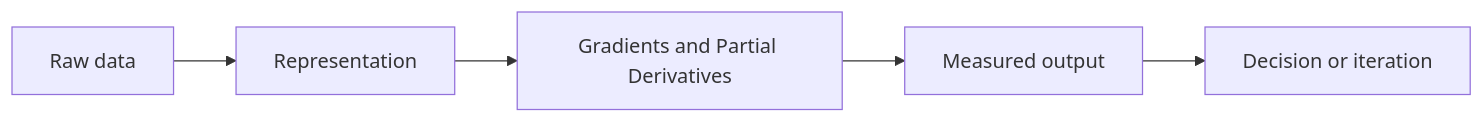
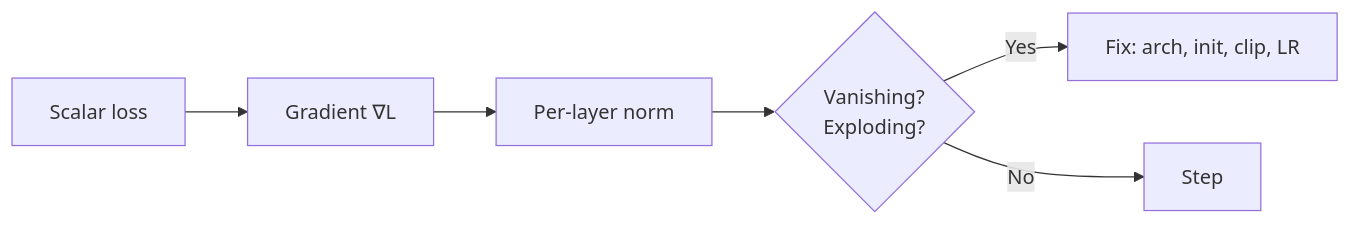
One commit to Icon1cc/Machine-Learning changed the diagram in math/07-gradients-and-partial-derivatives.md. Above: the diagram before and after it, drawn with Mermaid. The commit also changed other lines of this file and 264 other files, not shown here.

````diff
--- a/math/07-gradients-and-partial-derivatives.md
+++ b/math/07-gradients-and-partial-derivatives.md
@@ -92,7 +56,8 @@
 ```mermaid
 flowchart LR
-    A[Raw data] --> B[Representation]
-    B --> C[Gradients and Partial Derivatives]
-    C --> D[Measured output]
-    D --> E[Decision or iteration]
+    L[Scalar loss] --> G[Gradient ∇L]
+    G --> N[Per-layer norm]
+    N --> C{Vanishing?<br/>Exploding?}
+    C -- Yes --> F[Fix: arch, init, clip, LR]
+    C -- No --> S[Step]
 ```
````
